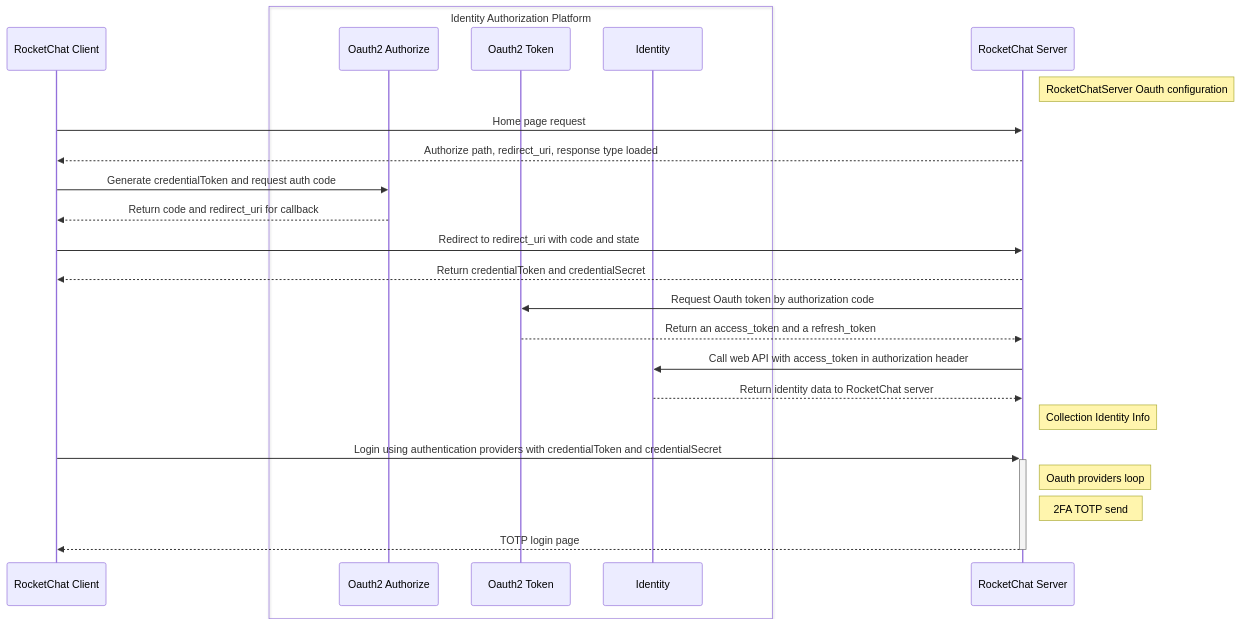
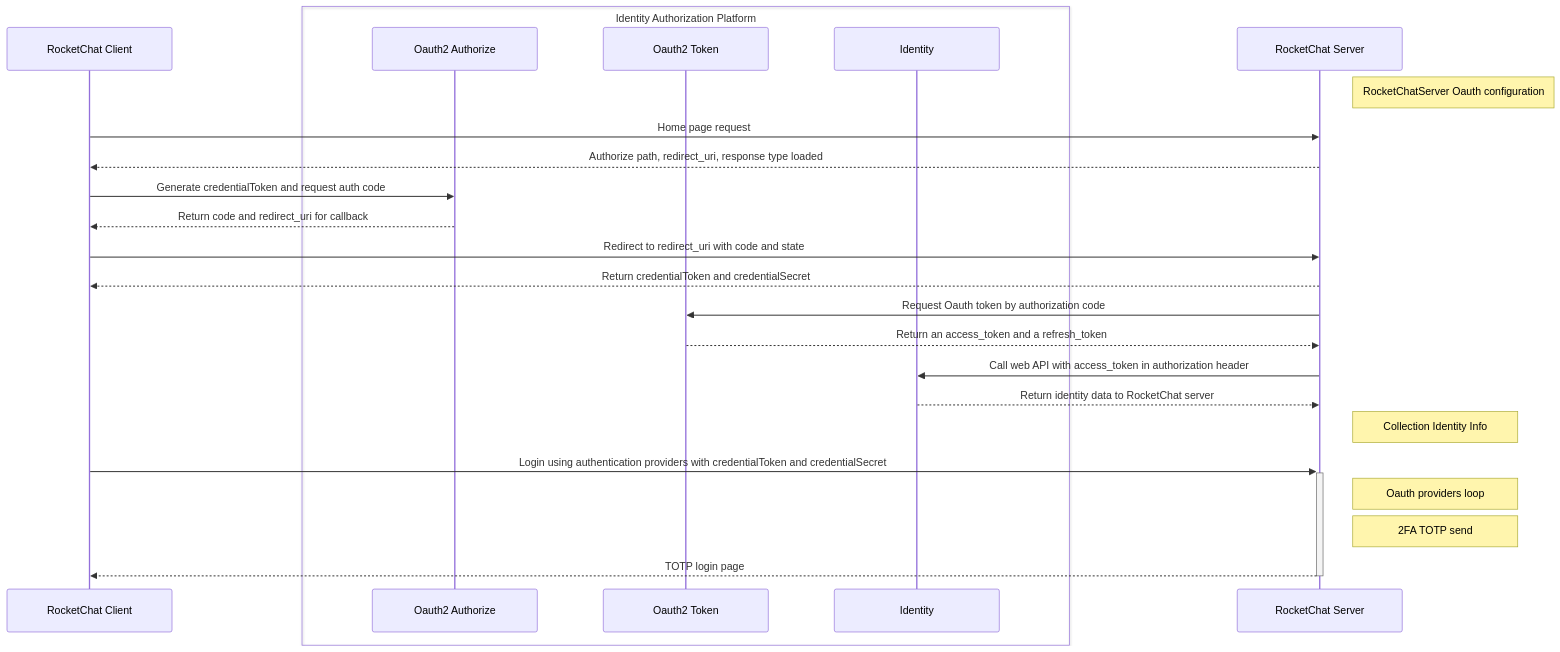
Before and after one commit to vulnsystem/vulnsystem.github.io: the diagram in website/docs/rocketchat/rocketchat-oauth-process.mdx, drawn with Mermaid.

````diff
--- a/website/docs/rocketchat/rocketchat-oauth-process.mdx
+++ b/website/docs/rocketchat/rocketchat-oauth-process.mdx
@@ -15,31 +15,43 @@
 ```mermaid
+
+%%{
+  init: {
+    'sequence': {
+      'actorMargin': 100,
+      'width': 250,
+      'noteMargin': 15
+    }
+  }
+}%%
+
+
 sequenceDiagram
   participant RocketChatClient as RocketChat Client
   participant Oauth2Authorize as Oauth2 Authorize
   participant Oauth2Token as Oauth2 Token
   participant ResourceServer as Identity
   participant RocketChatServer as RocketChat Server
 
   Note right of RocketChatServer: RocketChatServer Oauth configuration
   RocketChatClient ->> RocketChatServer: Home page request
   RocketChatServer -->> RocketChatClient: Authorize path, redirect_uri, response type loaded
   RocketChatClient ->> Oauth2Authorize: Generate credentialToken and request auth code
   Oauth2Authorize -->> RocketChatClient: Return code and redirect_uri for callback
   RocketChatClient ->> RocketChatServer: Redirect to redirect_uri with code and state
   RocketChatServer -->> RocketChatClient: Return credentialToken and credentialSecret
   RocketChatServer ->> Oauth2Token: Request Oauth token by authorization code
   Oauth2Token -->> RocketChatServer: Return an access_token and a refresh_token
   RocketChatServer ->> ResourceServer: Call web API with access_token in authorization header
   ResourceServer -->> RocketChatServer: Return identity data to RocketChat server
   Note right of RocketChatServer: Collection Identity Info
   RocketChatClient ->>+ RocketChatServer: Login using authentication providers with credentialToken and credentialSecret
   Note right of RocketChatServer: Oauth providers loop
   Note right of RocketChatServer: 2FA TOTP send
   RocketChatServer -->>- RocketChatClient: TOTP login page
 
   box transparent Identity Authorization Platform
   participant Oauth2Authorize
   participant Oauth2Token
   participant ResourceServer
   end
 ```
````
